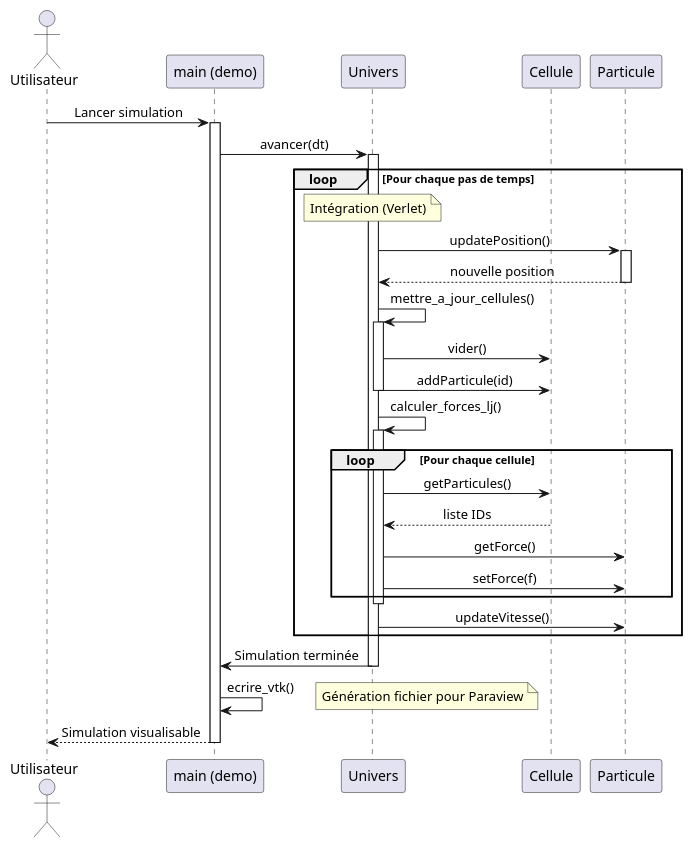
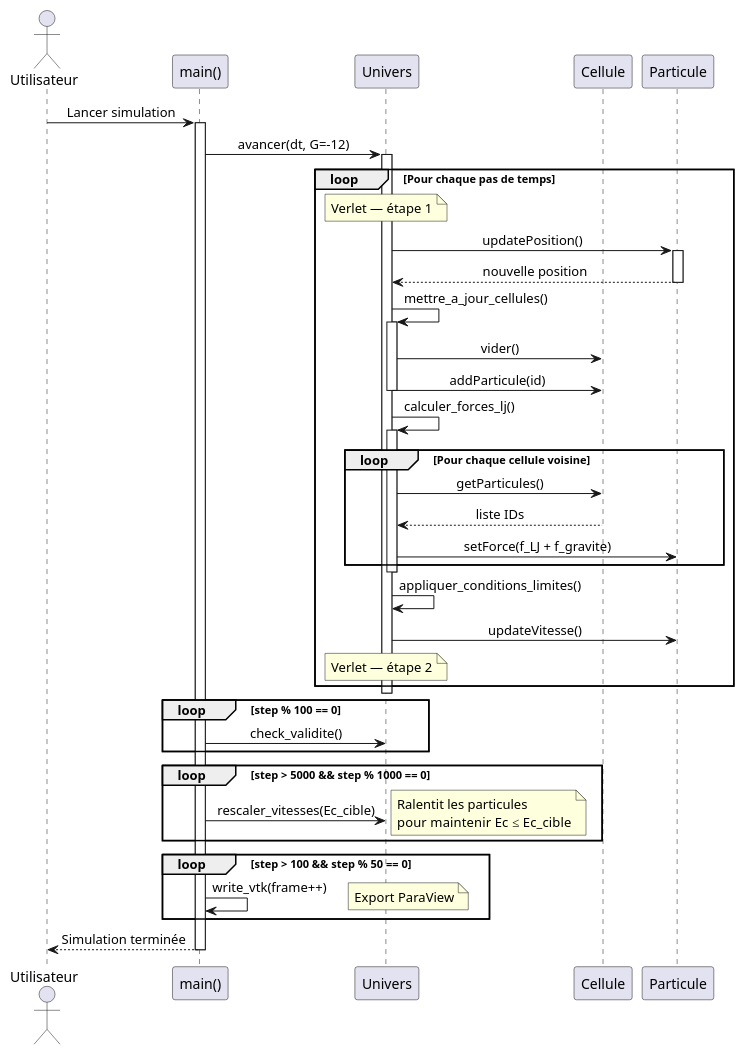
The diagram in TP6_MODIF/diagrammes/sequence.puml (malowx21/cpp_projet), drawn with PlantUML before and after one commit. The commit also changed 3 other files, not shown here.

Commit message:
Mise à jour des diagrammes avec les nouvelles fonctions ajoutées dans le tp6

```diff
--- a/TP6_MODIF/diagrammes/sequence.puml
+++ b/TP6_MODIF/diagrammes/sequence.puml
@@ -1,51 +1,62 @@
 @startuml
 skinparam sequenceMessageAlign center
-
 actor "Utilisateur" as U
-participant "main (demo)" as Main
+participant "main()" as Main
 participant "Univers" as Univ
 participant "Cellule" as Cell
 participant "Particule" as Part
 
 U -> Main : Lancer simulation
 activate Main
 
-Main -> Univ : avancer(dt)
+Main -> Univ : avancer(dt, G=-12)
 activate Univ
 
 loop Pour chaque pas de temps
-    note over Univ : Intégration (Verlet)
-    
+    note over Univ : Verlet — étape 1
+
     Univ -> Part : updatePosition()
     activate Part
     Part --> Univ : nouvelle position
     deactivate Part
-    
+
     Univ -> Univ : mettre_a_jour_cellules()
     activate Univ
     Univ -> Cell : vider()
     Univ -> Cell : addParticule(id)
     deactivate Univ
-    
+
     Univ -> Univ : calculer_forces_lj()
     activate Univ
-    loop Pour chaque cellule
+    loop Pour chaque cellule voisine
         Univ -> Cell : getParticules()
         Cell --> Univ : liste IDs
-        Univ -> Part : getForce()
-        Univ -> Part : setForce(f)
+        Univ -> Part : setForce(f_LJ + f_gravite)
     end
     deactivate Univ
-    
+
+    Univ -> Univ : appliquer_conditions_limites()
+
     Univ -> Part : updateVitesse()
+    note over Univ : Verlet — étape 2
 end
 
-Univ -> Main : Simulation terminée
 deactivate Univ
 
-Main -> Main : ecrire_vtk()
-note right : Génération fichier pour Paraview
-Main --> U : Simulation visualisable
+loop step % 100 == 0
+    Main -> Univ : check_validite()
+end
+
+loop step > 5000 && step % 1000 == 0
+    Main -> Univ : rescaler_vitesses(Ec_cible)
+    note right : Ralentit les particules\npour maintenir Ec ≤ Ec_cible
+end
+
+loop step > 100 && step % 50 == 0
+    Main -> Main : write_vtk(frame++)
+    note right : Export ParaView
+end
+
+Main --> U : Simulation terminée
 deactivate Main
-
 @enduml
```
